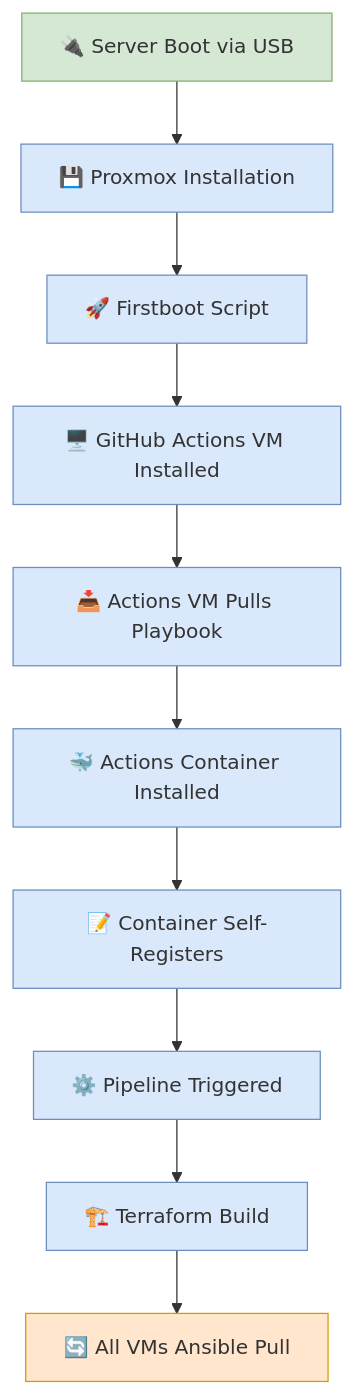
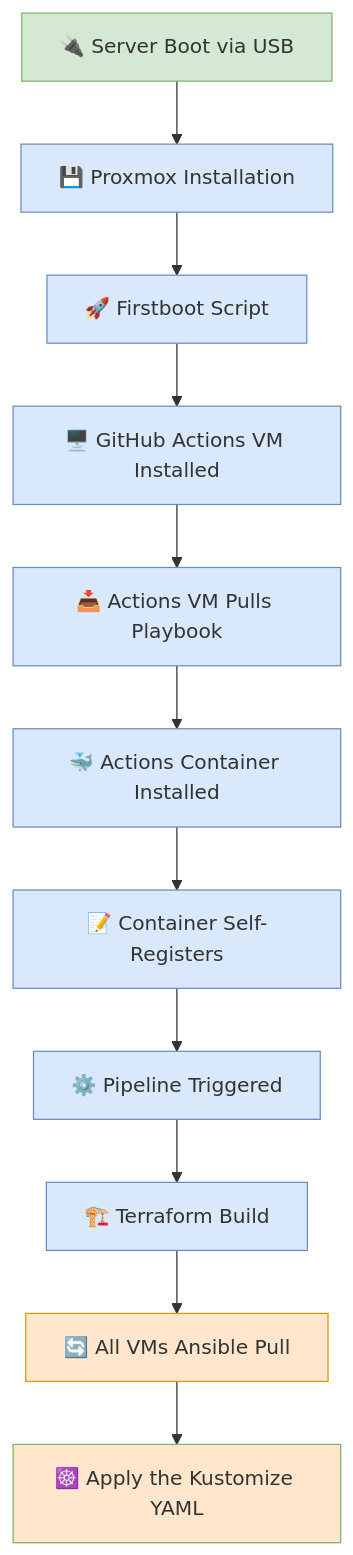
One commit to tekore/HomeOps changed the diagram in README.md. Above: the diagram before and after it, drawn with Mermaid. The commit also changed 1 other file, not shown here.

Commit message:
Changed README and TODO

````diff
--- a/README.md
+++ b/README.md
@@ -14,24 +14,25 @@
 ```mermaid
 flowchart TD
     Boot["🔌 Server Boot via USB"] --> Proxmox["💾 Proxmox Installation"]
     Proxmox --> FirstBoot["🚀 Firstboot Script"]
     FirstBoot --> GithubVM["🖥️ GitHub Actions VM Installed"]
     GithubVM --> PullPlaybook["📥 Actions VM Pulls Playbook"]
     PullPlaybook --> ActionsContainer["🐳 Actions Container Installed"]
     ActionsContainer --> SelfRegister["📝 Container Self-Registers"]
     SelfRegister --> Pipeline["⚙️ Pipeline Triggered"]
     Pipeline --> Terraform["🏗️ Terraform Build"]
     Terraform --> AnsiblePull["🔄 All VMs Ansible Pull"]
-
+    AnsiblePull --> Kubectl["☸️ Apply the Kustomize YAML"]
     %% Styling
     style Boot fill:#d5e8d4,stroke:#82b366,color:#333
     style Proxmox fill:#dae8fc,stroke:#6c8ebf,color:#333
     style FirstBoot fill:#dae8fc,stroke:#6c8ebf,color:#333
     style GithubVM fill:#dae8fc,stroke:#6c8ebf,color:#333
     style PullPlaybook fill:#dae8fc,stroke:#6c8ebf,color:#333
     style ActionsContainer fill:#dae8fc,stroke:#6c8ebf,color:#333
     style SelfRegister fill:#dae8fc,stroke:#6c8ebf,color:#333
     style Pipeline fill:#dae8fc,stroke:#6c8ebf,color:#333
     style Terraform fill:#dae8fc,stroke:#6c8ebf,color:#333
     style AnsiblePull fill:#ffe6cc,stroke:#d79b00,color:#333
+    style Kubectl fill:#ffe6cc,stroke:#82b366,color:#333
 ```
````
